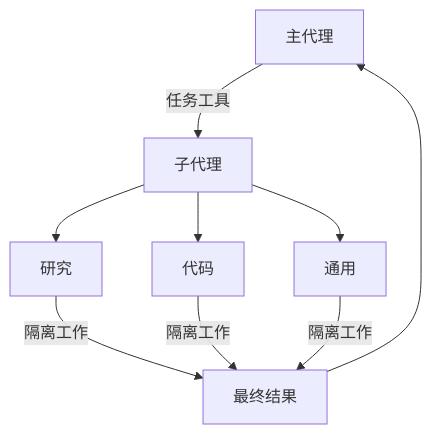
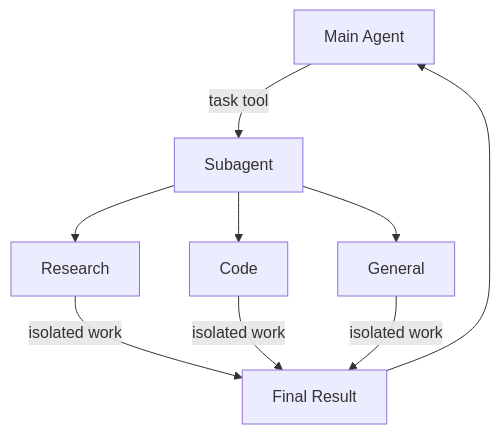
One commit to kunfan96/cndocs-langchain changed the diagram in oss/javascript/deepagents/subagents.mdx. Above: the diagram before and after it, drawn with Mermaid. The commit also changed other lines of this file and 2538 other files, not shown here.

````diff
--- a/oss/javascript/deepagents/subagents.mdx
+++ b/oss/javascript/deepagents/subagents.mdx
@@ -13,14 +13,14 @@
 ```mermaid
 graph TB
-    Main[主代理] --> |任务工具| Sub[子代理]
+    Main[Main Agent] --> |task tool| Sub[Subagent]
 
-    Sub --> Research[研究]
-    Sub --> Code[代码]
-    Sub --> General[通用]
+    Sub --> Research[Research]
+    Sub --> Code[Code]
+    Sub --> General[General]
 
-    Research --> |隔离工作| Result[最终结果]
-    Code --> |隔离工作| Result
-    General --> |隔离工作| Result
+    Research --> |isolated work| Result[Final Result]
+    Code --> |isolated work| Result
+    General --> |isolated work| Result
 
     Result --> Main
 ```
````
